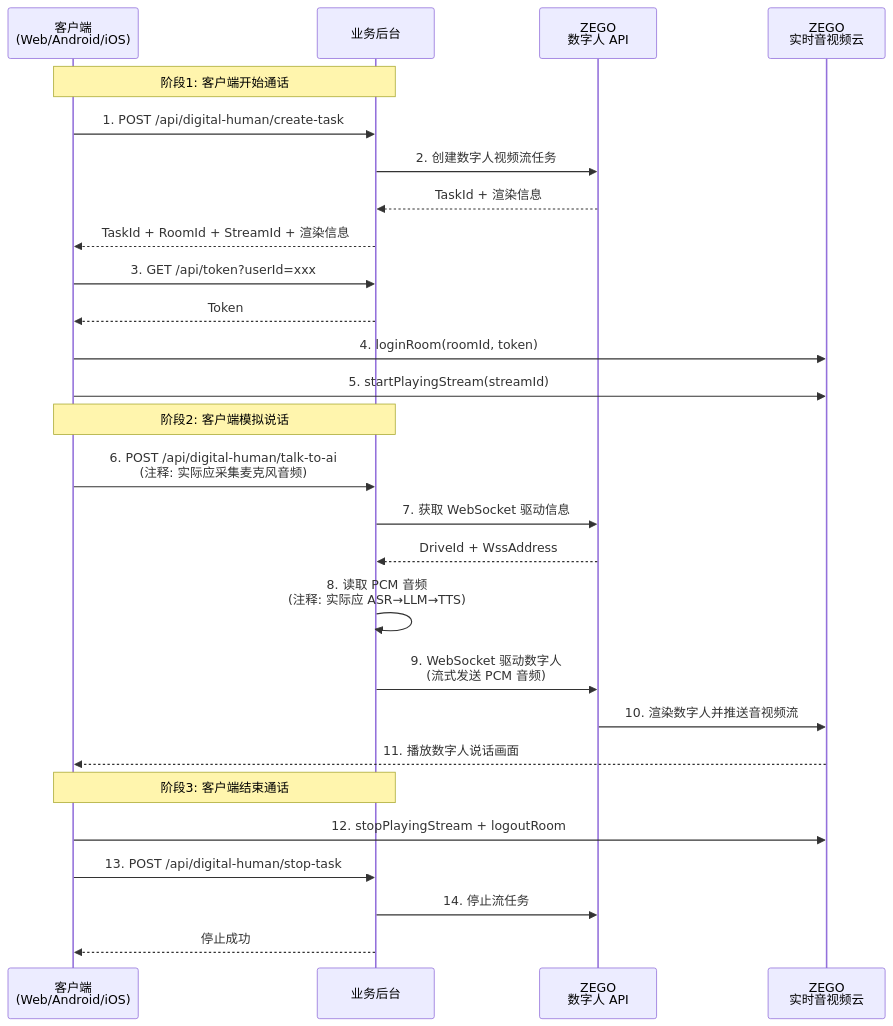
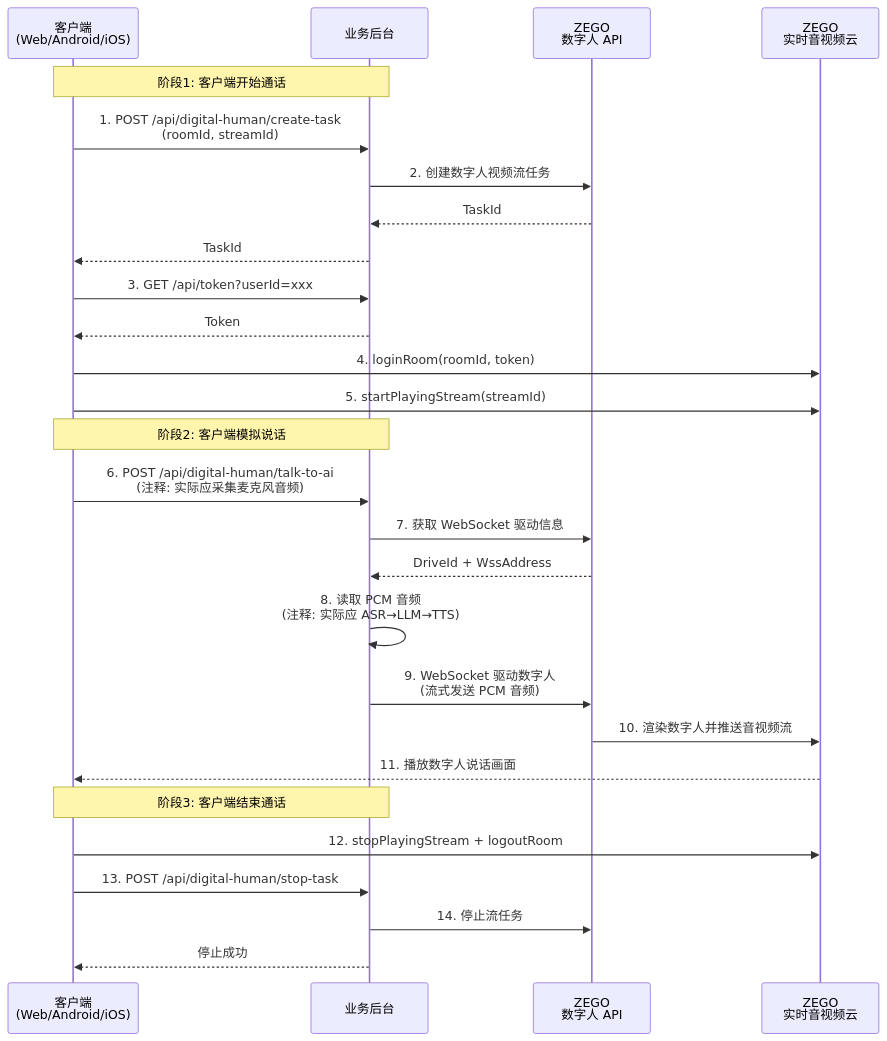
Before and after one commit to ZEGOCLOUD/digital-human-quick-start-example: the diagram in digital-human-interactive-chat/README.md, drawn with Mermaid. The commit also changed other lines of this file and 45 other files, not shown here.

Commit message:
Remove DigitalHuman SDK usage

````diff
--- a/digital-human-interactive-chat/README.md
+++ b/digital-human-interactive-chat/README.md
@@ -37,32 +35,32 @@
 ```mermaid
 sequenceDiagram
     participant 客户端 as 客户端<br/>(Web/Android/iOS)
     participant 业务后台 as 业务后台
     participant 数字人API as ZEGO<br/>数字人 API
     participant RTC云 as ZEGO<br/>实时音视频云
 
     Note over 客户端,业务后台: 阶段1: 客户端开始通话
-    客户端->>业务后台: 1. POST /api/digital-human/create-task
+    客户端->>业务后台: 1. POST /api/digital-human/create-task<br/>(roomId, streamId)
     业务后台->>数字人API: 2. 创建数字人视频流任务
-    数字人API-->>业务后台: TaskId + 渲染信息
-    业务后台-->>客户端: TaskId + RoomId + StreamId + 渲染信息
+    数字人API-->>业务后台: TaskId
+    业务后台-->>客户端: TaskId
     客户端->>业务后台: 3. GET /api/token?userId=xxx
     业务后台-->>客户端: Token
     客户端->>RTC云: 4. loginRoom(roomId, token)
     客户端->>RTC云: 5. startPlayingStream(streamId)
 
     Note over 客户端,业务后台: 阶段2: 客户端模拟说话
     客户端->>业务后台: 6. POST /api/digital-human/talk-to-ai<br/>(注释: 实际应采集麦克风音频)
     业务后台->>数字人API: 7. 获取 WebSocket 驱动信息
     数字人API-->>业务后台: DriveId + WssAddress
     业务后台->>业务后台: 8. 读取 PCM 音频<br/>(注释: 实际应 ASR→LLM→TTS)
     业务后台->>数字人API: 9. WebSocket 驱动数字人<br/>(流式发送 PCM 音频)
     数字人API->>RTC云: 10. 渲染数字人并推送音视频流
     RTC云-->>客户端: 11. 播放数字人说话画面
 
     Note over 客户端,业务后台: 阶段3: 客户端结束通话
     客户端->>RTC云: 12. stopPlayingStream + logoutRoom
     客户端->>业务后台: 13. POST /api/digital-human/stop-task
     业务后台->>数字人API: 14. 停止流任务
     业务后台-->>客户端: 停止成功
 ```
````
